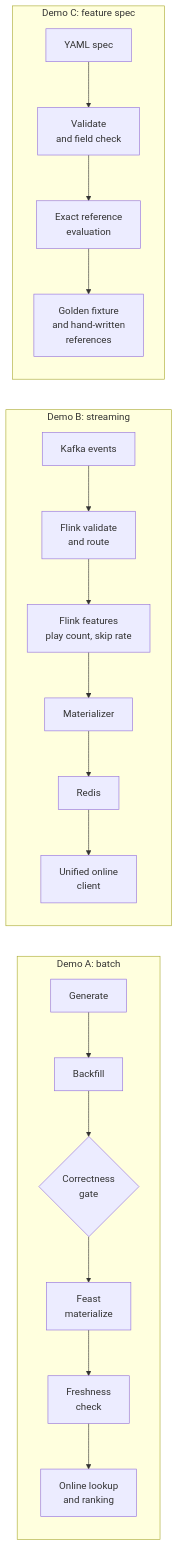
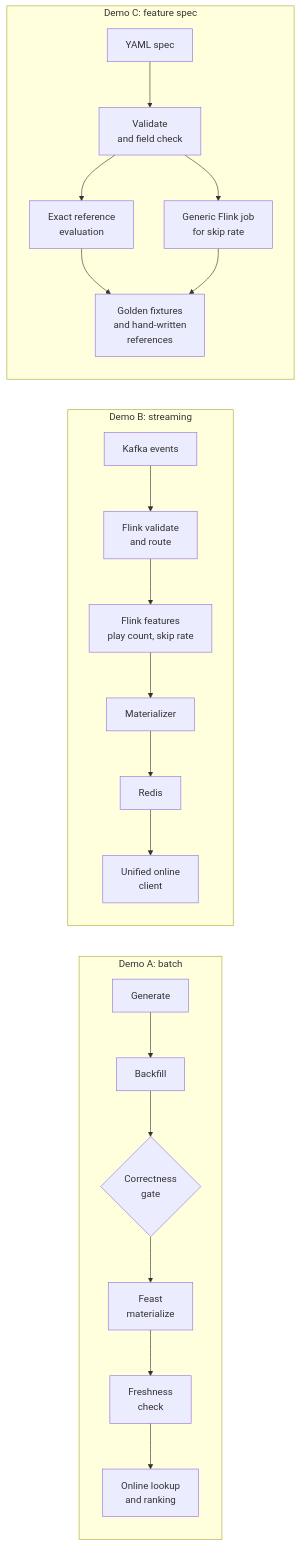
One commit to oster-dev/featureforge changed the diagram in docs/demo.md. Above: the diagram before and after it, drawn with Mermaid. The commit also changed other lines of this file and 4 other files, not shown here.

Commit message:
docs: update README, ARCHITECTURE, CONTRIBUTING, blueprint and demo with the spec engine

````diff
--- a/docs/demo.md
+++ b/docs/demo.md
@@ -13,12 +13,13 @@
 ```mermaid
 flowchart LR
     subgraph A["Demo A: batch"]
         A1[Generate] --> A2[Backfill] --> A3{Correctness<br/>gate} --> A4[Feast<br/>materialize] --> A5[Freshness<br/>check] --> A6[Online lookup<br/>and ranking]
     end
     subgraph B["Demo B: streaming"]
         B1[Kafka events] --> B2[Flink validate<br/>and route] --> B3[Flink features<br/>play count, skip rate] --> B4[Materializer] --> B5[Redis] --> B6[Unified online<br/>client]
     end
     subgraph C["Demo C: feature spec"]
-        C1[YAML spec] --> C2[Validate<br/>and field check] --> C3[Exact reference<br/>evaluation] --> C4[Golden fixture<br/>and hand-written<br/>references]
+        C1[YAML spec] --> C2[Validate<br/>and field check] --> C3[Exact reference<br/>evaluation] --> C4[Golden fixtures<br/>and hand-written<br/>references]
+        C2 --> C5[Generic Flink job<br/>for skip rate] --> C4
     end
 ```
````
